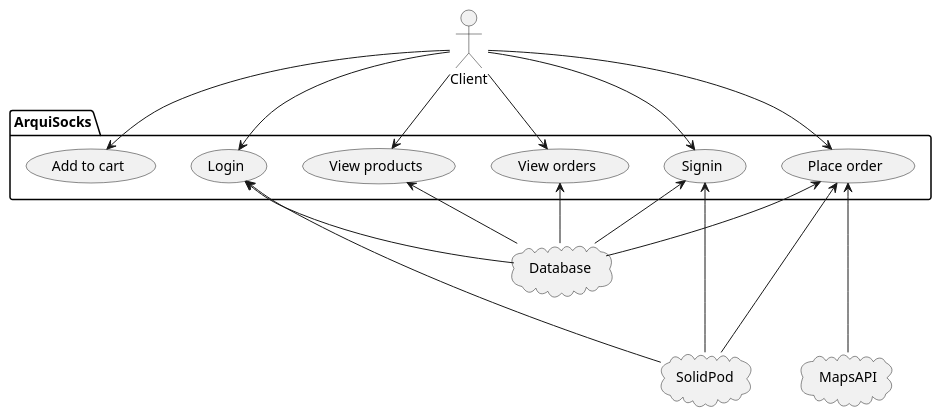
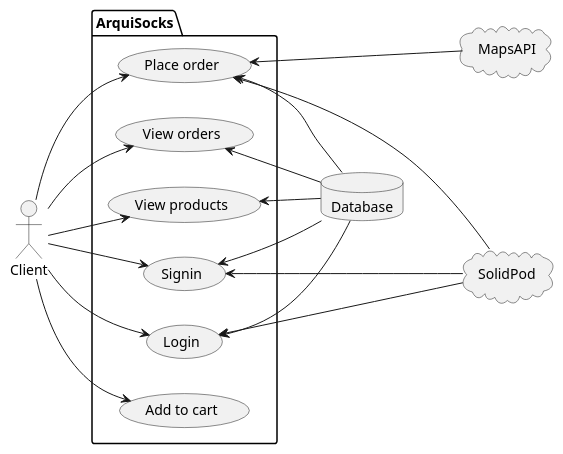
The diagram in docs/01_introduction_and_goals.adoc (Arquisoft/dede_es5a), drawn with PlantUML before and after one commit.

Commit message:
Pequeño cambio en diagrama de casos de uso

```diff
--- a/docs/01_introduction_and_goals.adoc
+++ b/docs/01_introduction_and_goals.adoc
@@ -17,38 +17,40 @@
 [plantuml,"Sequence requirements_use_case_digram",png]
 ----
 @startuml
 
 actor Client as client
+
+left to right direction
 
 package ArquiSocks {
   usecase "Add to cart" as addToCart
   usecase "Place order" as placeOrder
   usecase "Login" as login
   usecase "Signin" as signin
   usecase "View orders" as viewOrders
   usecase "View products" as viewProducts
 }
 
-cloud Database
+database Database
 cloud SolidPod
 cloud MapsAPI
 
 client --> viewProducts
 client --> addToCart
 client --> placeOrder
 client --> login
 client --> signin
 client --> viewOrders
 
 Database -u-> viewProducts
 Database -u-> placeOrder
 Database -u-> viewOrders
 Database -u-> signin
 Database -u-> login
 SolidPod -u--> login
 SolidPod -u--> signin
 SolidPod -u--> placeOrder
 MapsAPI -u--> placeOrder
 
 @enduml
 ----
```
